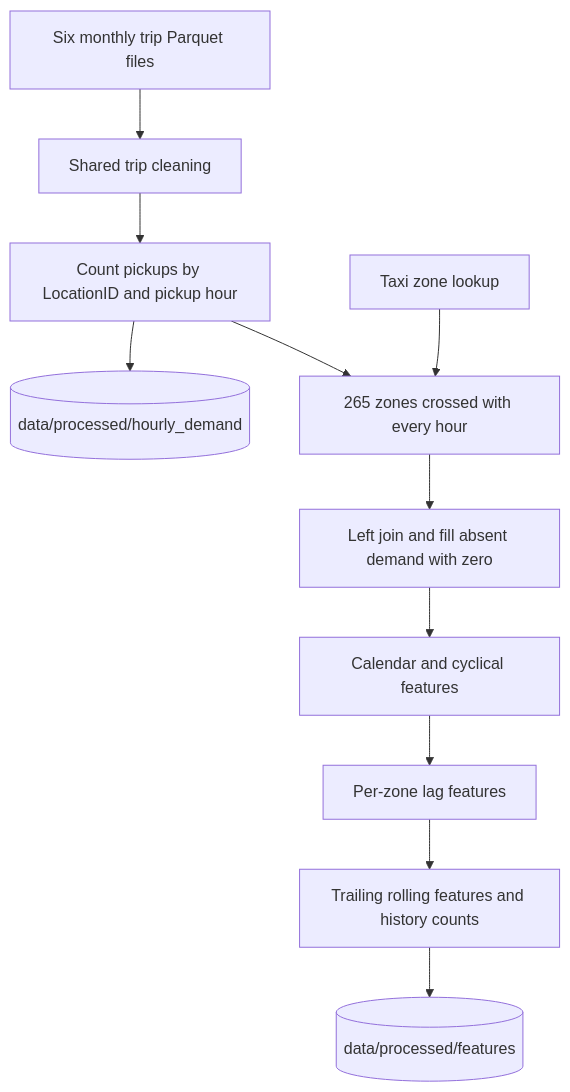
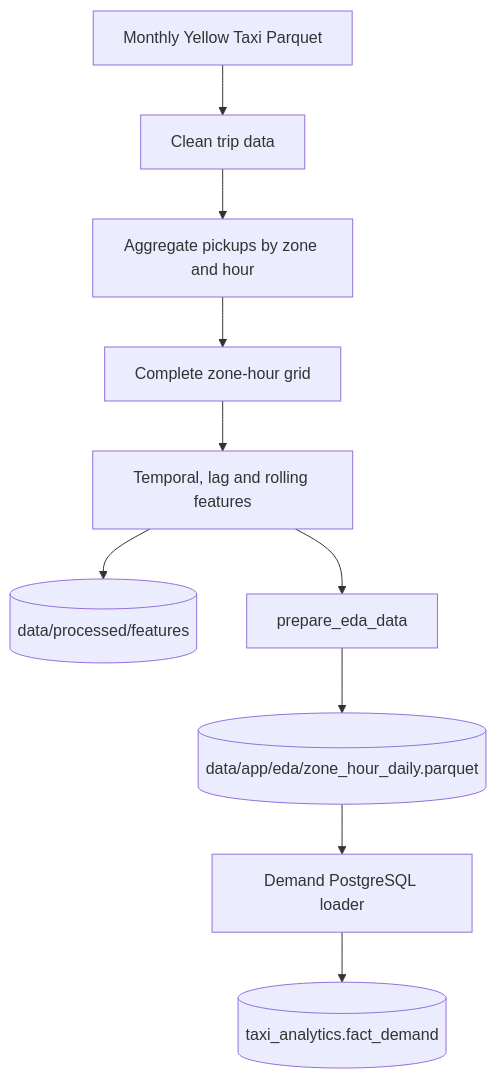
The first of 2 diagrams in docs/data_pipeline.md (georgeballa7/NycTaxiDemandForecasting), drawn with Mermaid before and after one commit. The commit also changed other lines of this file and 4 other files, not shown here.

Commit message:
docs: update architecture and pipeline documentation

````diff
--- a/docs/data_pipeline.md
+++ b/docs/data_pipeline.md
@@ -58,13 +61,12 @@
 ```mermaid
 flowchart TD
-    RAW[Six monthly trip Parquet files] --> CLEAN[Shared trip cleaning]
-    CLEAN --> AGG[Count pickups by LocationID and pickup hour]
-    AGG --> HD[(data/processed/hourly_demand)]
-    ZONES[Taxi zone lookup] --> GRID[265 zones crossed with every hour]
-    AGG --> GRID
-    GRID --> ZERO[Left join and fill absent demand with zero]
-    ZERO --> TIME[Calendar and cyclical features]
-    TIME --> LAG[Per-zone lag features]
-    LAG --> ROLL[Trailing rolling features and history counts]
-    ROLL --> FEAT[(data/processed/features)]
+    RAW[Monthly Yellow Taxi Parquet] --> CLEAN[Clean trip data]
+    CLEAN --> AGG[Aggregate pickups by zone and hour]
+    AGG --> GRID[Complete zone-hour grid]
+    GRID --> FEAT[Temporal, lag and rolling features]
+    FEAT --> FEATURES[(data/processed/features)]
+    FEAT --> EDA[prepare_eda_data]
+    EDA --> APPEDA[(data/app/eda/zone_hour_daily.parquet)]
+    APPEDA --> LOAD[Demand PostgreSQL loader]
+    LOAD --> FACT[(taxi_analytics.fact_demand)]
 ```
````
